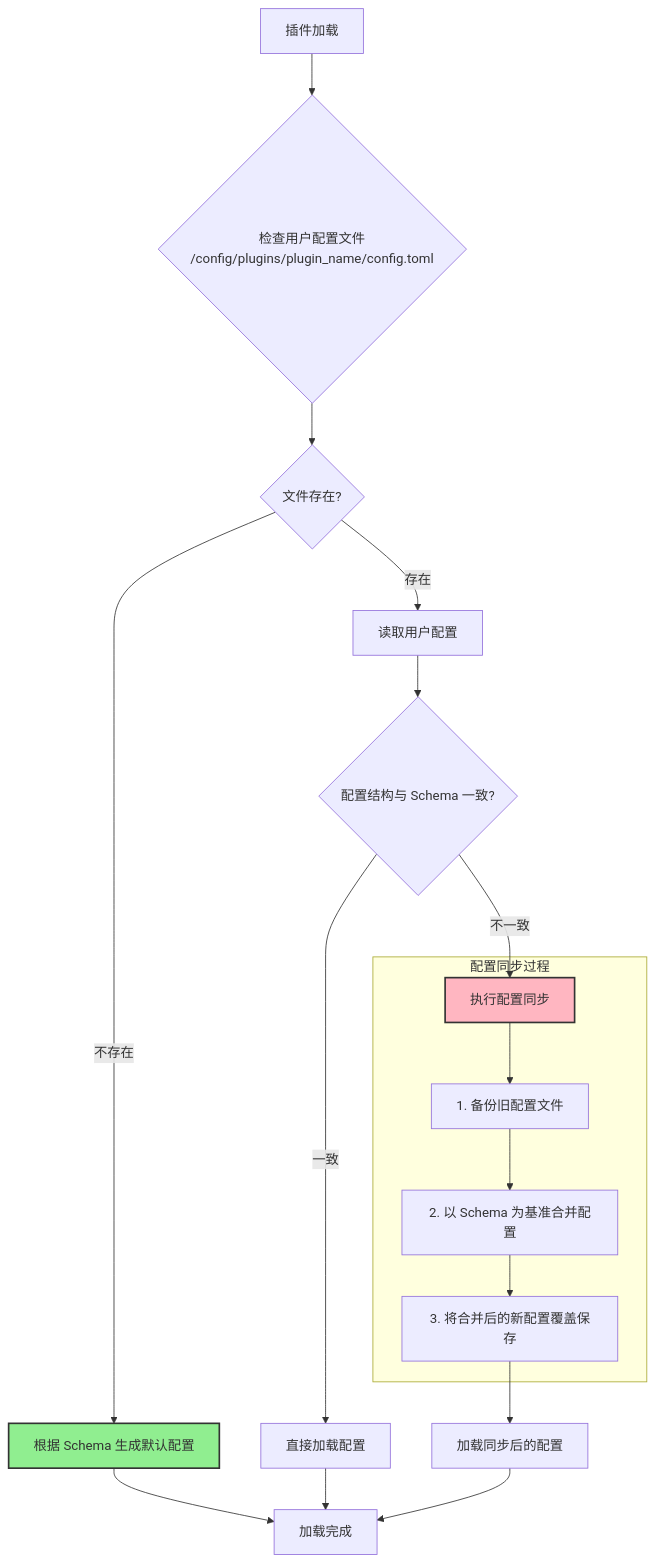
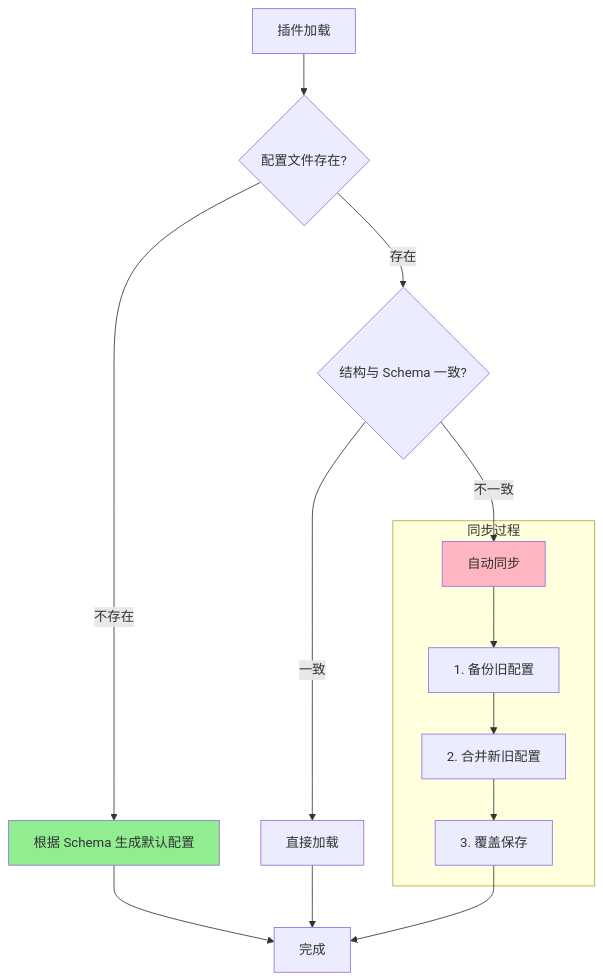
The diagram in docs/development/plugins/configuration-guide.md (MoFox-Studio/MoFox-Bot-Docs), drawn with Mermaid before and after one commit. The commit also changed other lines of this file, not shown here.

````diff
--- a/docs/development/plugins/configuration-guide.md
+++ b/docs/development/plugins/configuration-guide.md
@@ -53,26 +86,21 @@
 ```mermaid
 graph TD
-    A[插件加载] --> B{检查用户配置文件<br/>/config/plugins/plugin_name/config.toml}
-    B --> C{文件存在?}
-    C -- 不存在 --> D[根据 Schema 生成默认配置]
-    C -- 存在 --> E[读取用户配置]
+    A[插件加载] --> B{配置文件存在?}
+    B -- 不存在 --> C[根据 Schema 生成默认配置]
+    B -- 存在 --> D{结构与 Schema 一致?}
+    D -- 一致 --> E[直接加载]
+    D -- 不一致 --> F[自动同步]
     
-    E --> F{配置结构与 Schema 一致?}
-    F -- 一致 --> G[直接加载配置]
-    F -- 不一致 --> H[执行配置同步]
+    subgraph "同步过程"
+        F --> G[1. 备份旧配置]
+        G --> H[2. 合并新旧配置]
+        H --> I[3. 覆盖保存]
+    end
     
-    subgraph "配置同步过程"
-        H --> I[1. 备份旧配置文件]
-        I --> J[2. 以 Schema 为基准合并配置]
-        J --> K[3. 将合并后的新配置覆盖保存]
-    end
-
-    K --> L[加载同步后的配置]
-
-    D --> M[加载完成]
-    G --> M
-    L --> M
-
-    style H fill:#FFB6C1,stroke:#333,stroke-width:2px
-    style D fill:#90EE90,stroke:#333,stroke-width:2px
+    C --> J[完成]
+    E --> J
+    I --> J
+    
+    style F fill:#FFB6C1
+    style C fill:#90EE90
 ```
````
